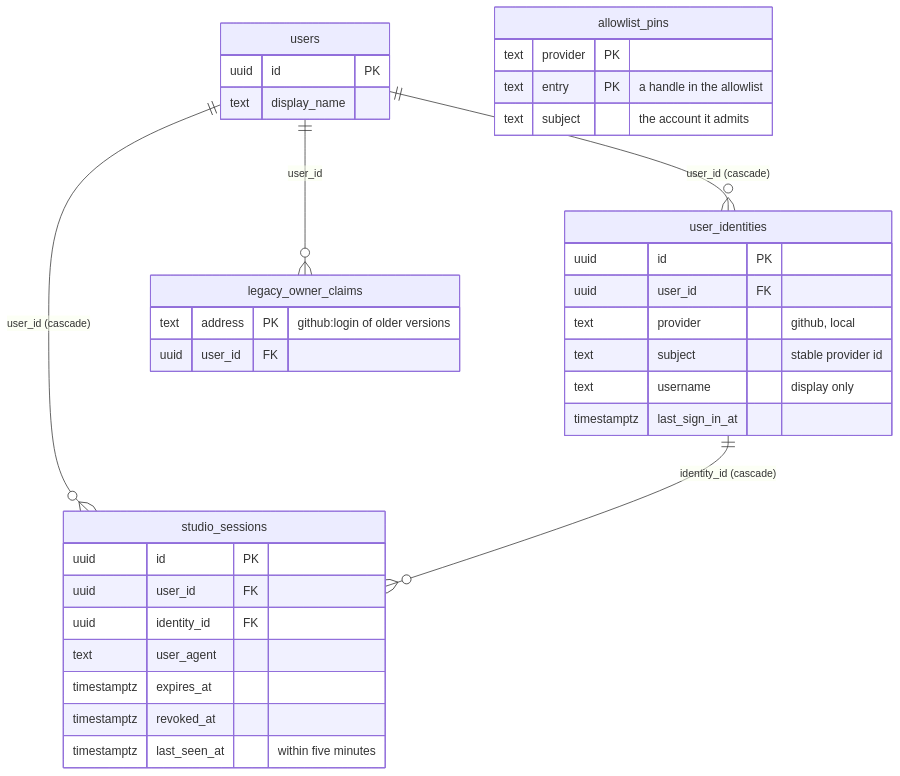
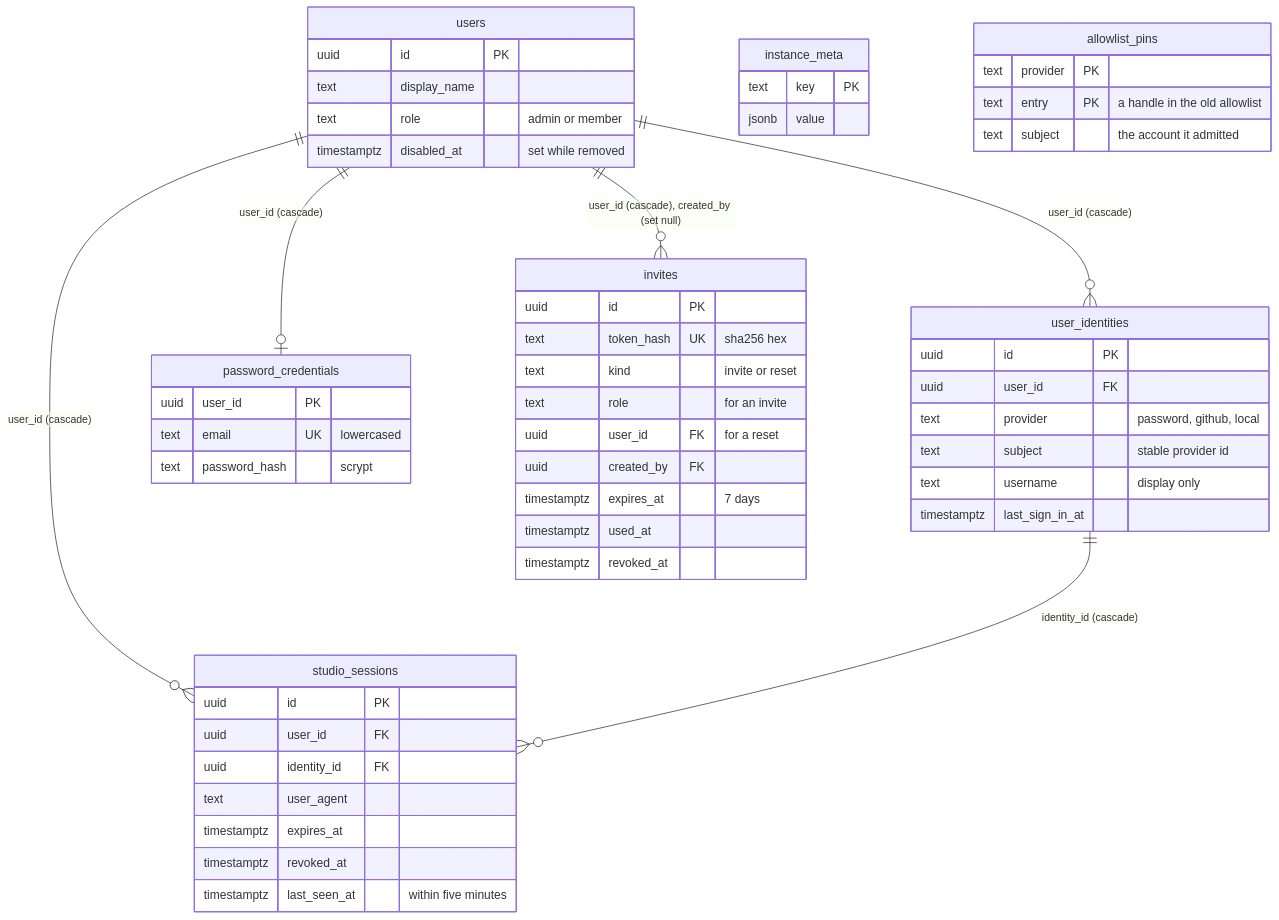
One commit to justmert/Sluby changed the second of 4 diagrams in docs/architecture/data-model.md. Above: the diagram before and after it, drawn with Mermaid. The commit also changed other lines of this file and 29 other files, not shown here.

````diff
--- a/docs/architecture/data-model.md
+++ b/docs/architecture/data-model.md
@@ -120,39 +120,58 @@
 ```mermaid
 erDiagram
   direction TB
   users ||--o{ user_identities : "user_id (cascade)"
+  users ||--o| password_credentials : "user_id (cascade)"
   users ||--o{ studio_sessions : "user_id (cascade)"
   user_identities ||--o{ studio_sessions : "identity_id (cascade)"
-  users ||--o{ legacy_owner_claims : "user_id"
+  users ||--o{ invites : "user_id (cascade), created_by (set null)"
 
   users {
     uuid id PK
     text display_name
+    text role "admin or member"
+    timestamptz disabled_at "set while removed"
   }
   user_identities {
     uuid id PK
     uuid user_id FK
-    text provider "github, local"
+    text provider "password, github, local"
     text subject "stable provider id"
     text username "display only"
     timestamptz last_sign_in_at
+  }
+  password_credentials {
+    uuid user_id PK
+    text email UK "lowercased"
+    text password_hash "scrypt"
+  }
+  invites {
+    uuid id PK
+    text token_hash UK "sha256 hex"
+    text kind "invite or reset"
+    text role "for an invite"
+    uuid user_id FK "for a reset"
+    uuid created_by FK
+    timestamptz expires_at "7 days"
+    timestamptz used_at
+    timestamptz revoked_at
   }
   studio_sessions {
     uuid id PK
     uuid user_id FK
     uuid identity_id FK
     text user_agent
     timestamptz expires_at
     timestamptz revoked_at
     timestamptz last_seen_at "within five minutes"
   }
-  legacy_owner_claims {
-    text address PK "github:login of older versions"
-    uuid user_id FK
+  instance_meta {
+    text key PK
+    jsonb value
   }
   allowlist_pins {
     text provider PK
-    text entry PK "a handle in the allowlist"
-    text subject "the account it admits"
+    text entry PK "a handle in the old allowlist"
+    text subject "the account it admitted"
   }
 ```
````
